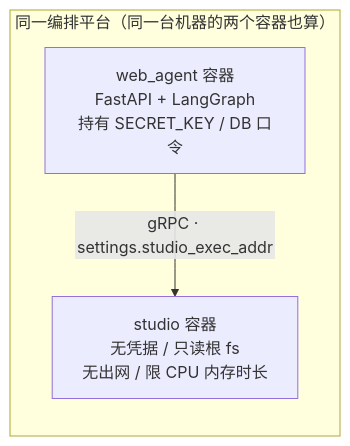
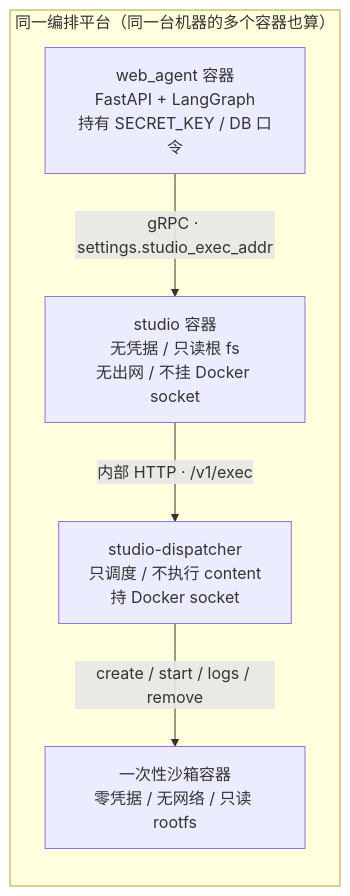
Before and after one commit to langbiantianya/web_agent: the fourth of 4 diagrams in docs/design.md, drawn with Mermaid. The commit also changed other lines of this file and 3 other files, not shown here.

````diff
--- a/docs/design.md
+++ b/docs/design.md
@@ -3350,8 +3350,12 @@
 ```mermaid
 graph LR
-    subgraph deploy["同一编排平台（同一台机器的两个容器也算）"]
+    subgraph deploy["同一编排平台（同一台机器的多个容器也算）"]
         WA["web_agent 容器<br/>FastAPI + LangGraph<br/>持有 SECRET_KEY / DB 口令"]
-        ST["studio 容器<br/>无凭据 / 只读根 fs<br/>无出网 / 限 CPU 内存时长"]
+        ST["studio 容器<br/>无凭据 / 只读根 fs<br/>无出网 / 不挂 Docker socket"]
+        DP["studio-dispatcher<br/>只调度 / 不执行 content<br/>持 Docker socket"]
+        SB["一次性沙箱容器<br/>零凭据 / 无网络 / 只读 rootfs"]
     end
     WA -->|"gRPC · settings.studio_exec_addr"| ST
+    ST -->|"内部 HTTP · /v1/exec"| DP
+    DP -->|"create / start / logs / remove"| SB
 ```
````
